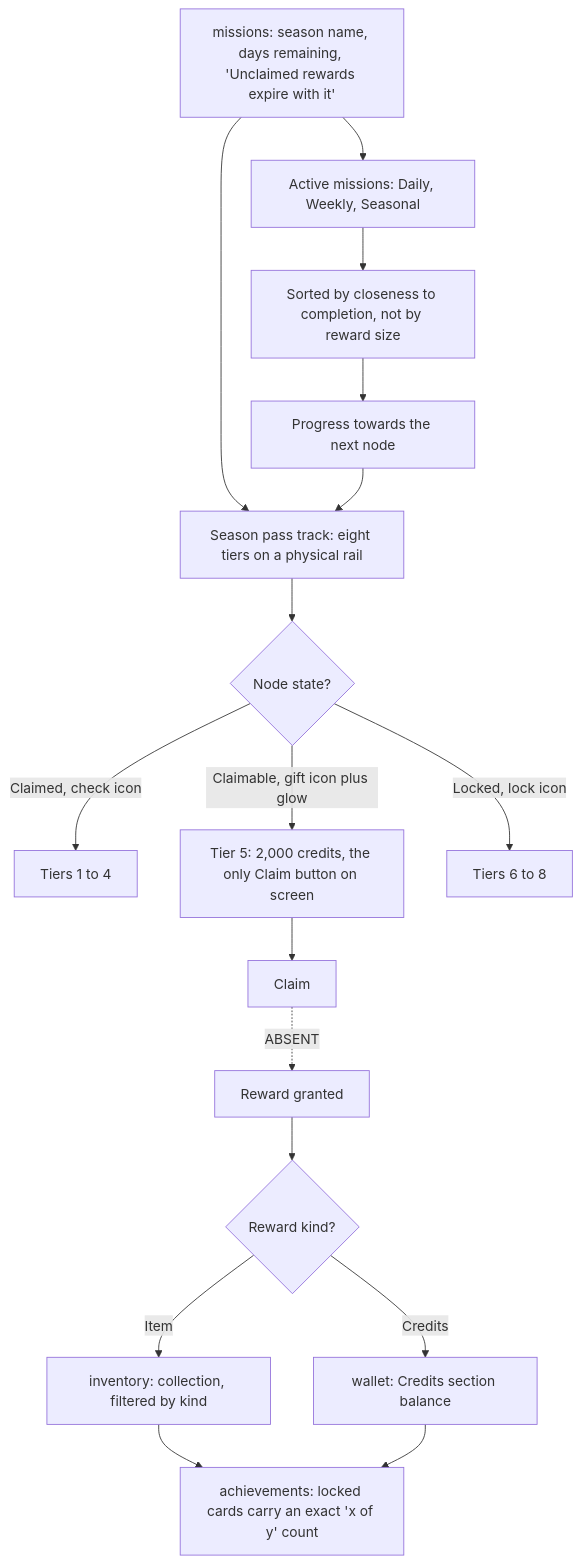
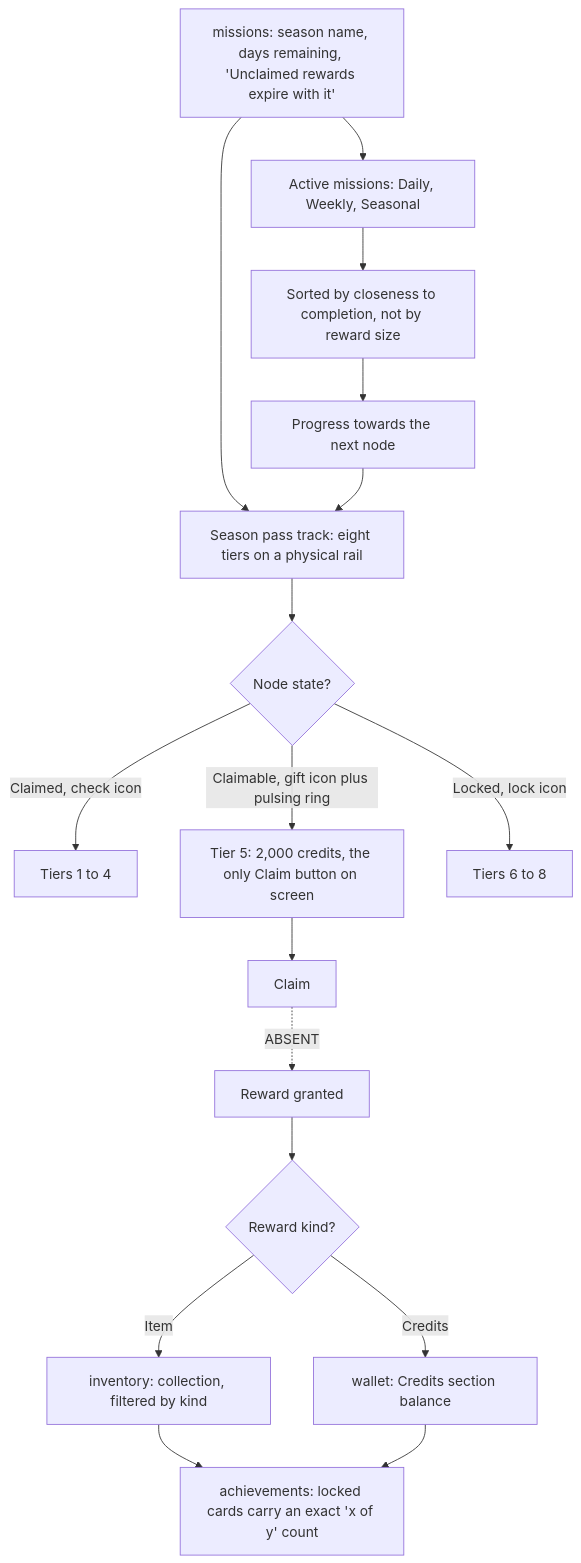
Before and after one commit to janj2185-svg/LiveStorm-AI: diagram 12 of 12 in docs/design/FLOWS.md, drawn with Mermaid. The commit also changed other lines of this file and 21 other files, not shown here.

````diff
--- a/docs/design/FLOWS.md
+++ b/docs/design/FLOWS.md
@@ -942,19 +949,19 @@
 ```mermaid
 flowchart TD
   A["missions: season name, days remaining, 'Unclaimed rewards expire with it'"] --> B["Season pass track: eight tiers on a physical rail"]
   B --> C{"Node state?"}
   C -->|"Claimed, check icon"| D["Tiers 1 to 4"]
-  C -->|"Claimable, gift icon plus glow"| E["Tier 5: 2,000 credits, the only Claim button on screen"]
+  C -->|"Claimable, gift icon plus pulsing ring"| E["Tier 5: 2,000 credits, the only Claim button on screen"]
   C -->|"Locked, lock icon"| F["Tiers 6 to 8"]
   E --> G["Claim"]
   G -.->|"ABSENT"| H["Reward granted"]
   H --> I{"Reward kind?"}
   I -->|"Credits"| J["wallet: Credits section balance"]
   I -->|"Item"| K["inventory: collection, filtered by kind"]
   A --> L["Active missions: Daily, Weekly, Seasonal"]
   L --> M["Sorted by closeness to completion, not by reward size"]
   M --> N["Progress towards the next node"]
   N --> B
   K --> O["achievements: locked cards carry an exact 'x of y' count"]
   J --> O
 ```
````
